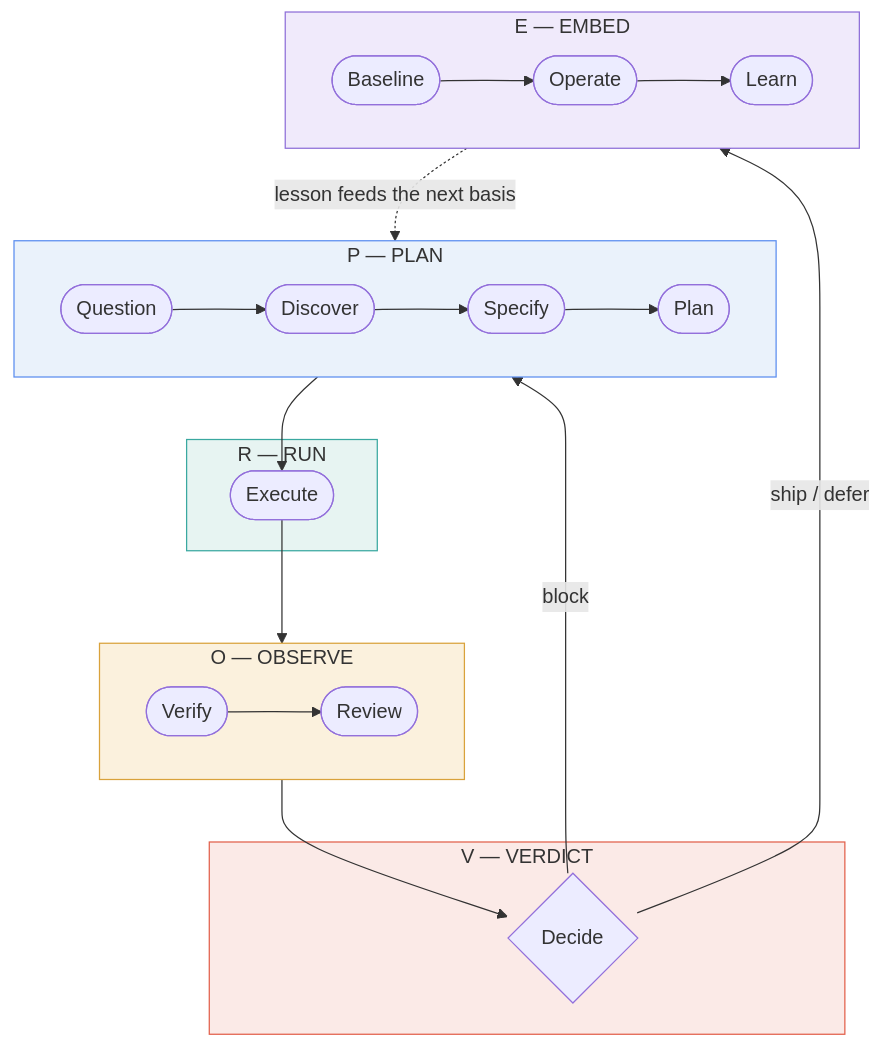
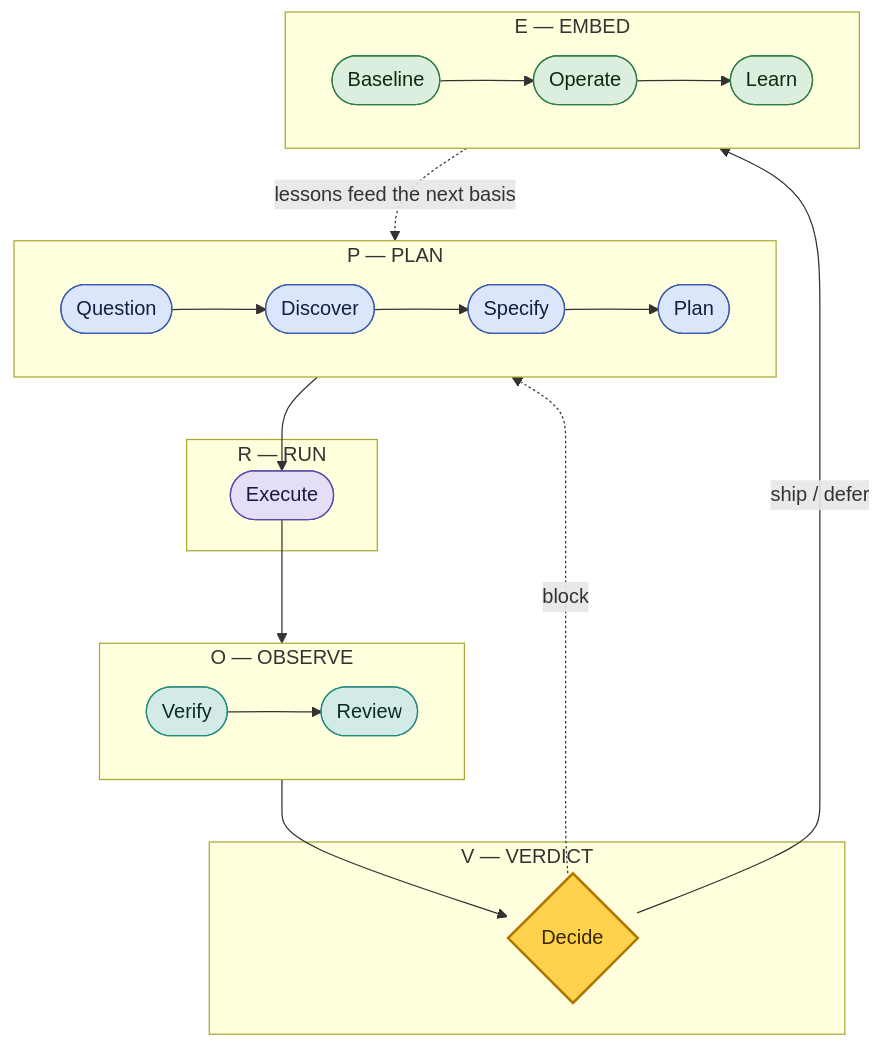
One commit to FlyFission/nuclear-grade-context-engineering changed the third of 6 diagrams in docs/diagrams.md. Above: the diagram before and after it, drawn with Mermaid. The commit also changed other lines of this file and 1 other file, not shown here.

First line of the commit message:
docs: refine PROVE/PRO swim-lane diagrams for legibility and contrast

````diff
--- a/docs/diagrams.md
+++ b/docs/diagrams.md
@@ -56,31 +61,36 @@
 ```mermaid
 flowchart TB
+  classDef plan fill:#DCE6FA,stroke:#3A5BA8,color:#12203F;
+  classDef run fill:#E4DEF7,stroke:#5B49A6,color:#1E1640;
+  classDef obs fill:#D2EBE6,stroke:#248A7E,color:#0E2A26;
+  classDef emb fill:#DCEFDE,stroke:#2E7D45,color:#102810;
+  classDef gate fill:#FFD24D,stroke:#B07400,color:#3A2600,stroke-width:2px;
   subgraph LP["P — PLAN"]
     direction LR
     Q(["Question"]) --> D(["Discover"]) --> S(["Specify"]) --> PL(["Plan"])
   end
   subgraph LRUN["R — RUN"]
     E(["Execute"])
   end
   subgraph LO["O — OBSERVE"]
     direction LR
     V(["Verify"]) --> RV(["Review"])
   end
   subgraph LV["V — VERDICT"]
     DEC{"Decide"}
   end
   subgraph LE["E — EMBED"]
     direction LR
     B(["Baseline"]) --> OP(["Operate"]) --> L(["Learn"])
   end
   PL --> E --> V
   RV --> DEC
   DEC -->|"ship / defer"| B
-  DEC -->|"block"| PL
-  L -.->|"lesson feeds the next basis"| Q
-  style LP fill:#EAF2FB,stroke:#5B8DEF
-  style LRUN fill:#E7F4F2,stroke:#3AA8A0
-  style LO fill:#FBF1DD,stroke:#D9A23B
-  style LV fill:#FBEAE7,stroke:#E2604B
-  style LE fill:#F0EAFB,stroke:#8E6FD8
+  DEC -.->|"block"| PL
+  L -.->|"lessons feed the next basis"| Q
+  class Q,D,S,PL plan
+  class E run
+  class V,RV obs
+  class DEC gate
+  class B,OP,L emb
 ```
````
